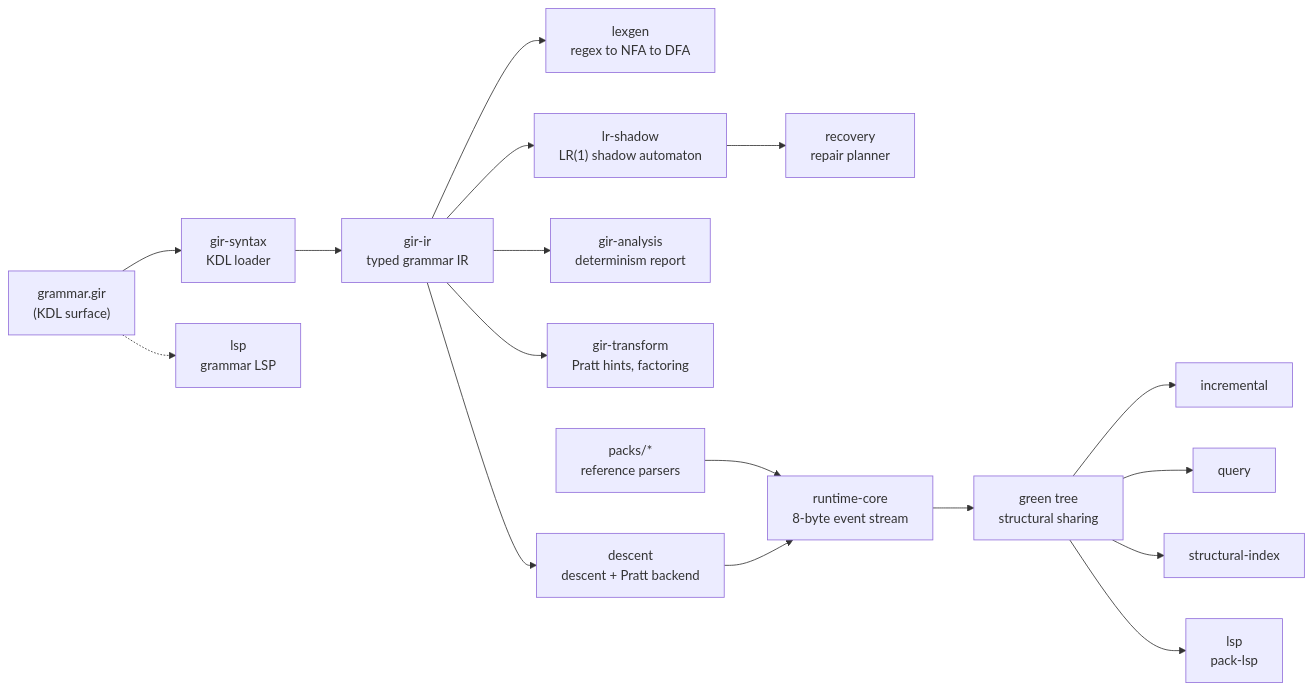
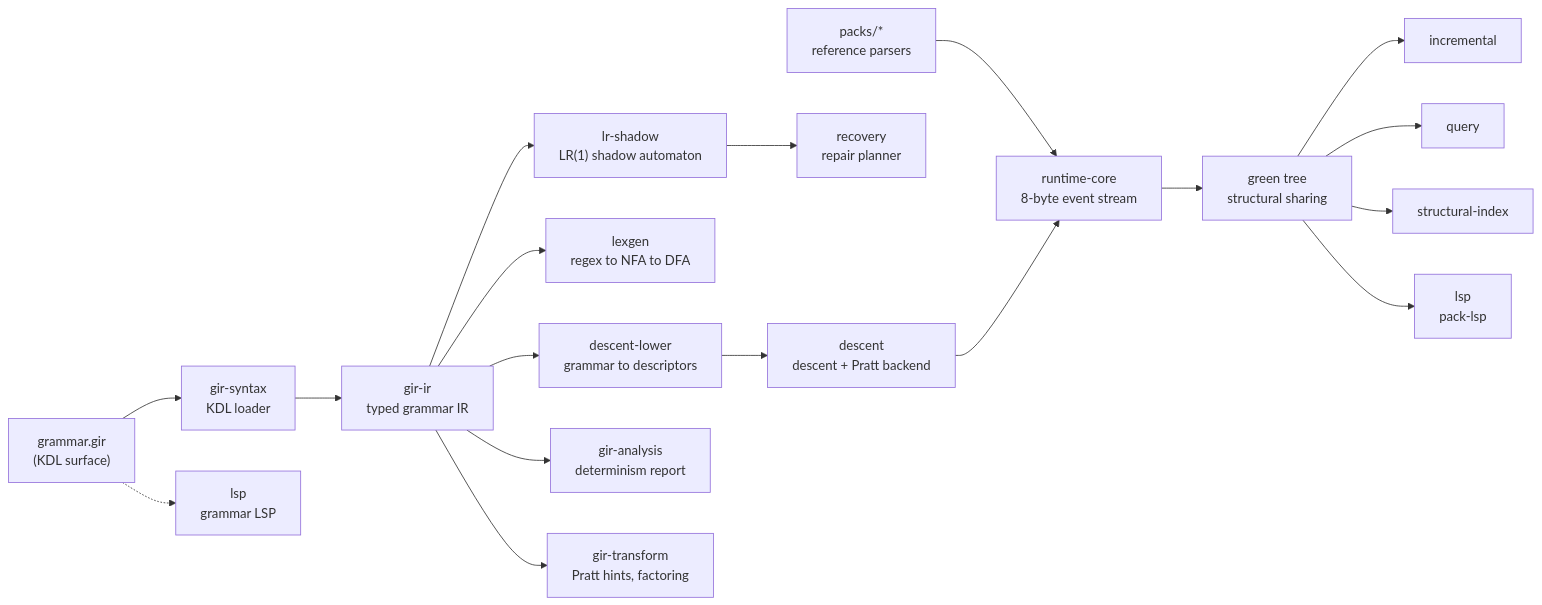
Before and after one commit to elcoosp/syntact: the diagram in README.md, drawn with Mermaid. The commit also changed other lines of this file and 36 other files, not shown here.

First line of the commit message:
feat: descent-lower — the grammar → descriptor compiler (#2)

````diff
--- a/README.md
+++ b/README.md
@@ -140,19 +148,20 @@
 ```mermaid
 flowchart LR
     GIR["grammar.gir<br/>(KDL surface)"] --> SYNTAX["gir-syntax<br/>KDL loader"]
     SYNTAX --> IR["gir-ir<br/>typed grammar IR"]
+    IR --> LOWER["descent-lower<br/>grammar to descriptors"]
     IR --> LEX["lexgen<br/>regex to NFA to DFA"]
     IR --> SHADOW["lr-shadow<br/>LR(1) shadow automaton"]
     IR --> ANALYSIS["gir-analysis<br/>determinism report"]
     IR --> TRANSFORM["gir-transform<br/>Pratt hints, factoring"]
-    IR --> DESCENT["descent<br/>descent + Pratt backend"]
+    LOWER --> DESCENT["descent<br/>descent + Pratt backend"]
     SHADOW --> RECOVERY["recovery<br/>repair planner"]
     PACKS["packs/*<br/>reference parsers"] --> EVENTS["runtime-core<br/>8-byte event stream"]
     DESCENT --> EVENTS
     EVENTS --> TREE["green tree<br/>structural sharing"]
     TREE --> INCREMENTAL["incremental"]
     TREE --> QUERY["query"]
     TREE --> INDEX["structural-index"]
     TREE --> PACKLSP["lsp<br/>pack-lsp"]
     GIR -.-> GRAMLSP["lsp<br/>grammar LSP"]
 ```
````
